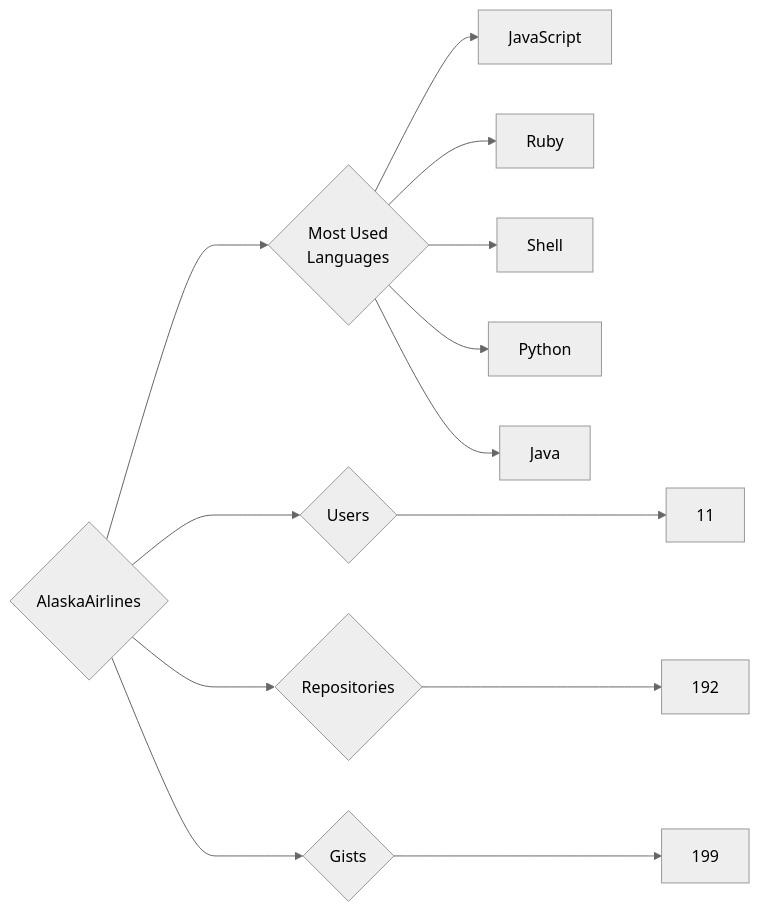
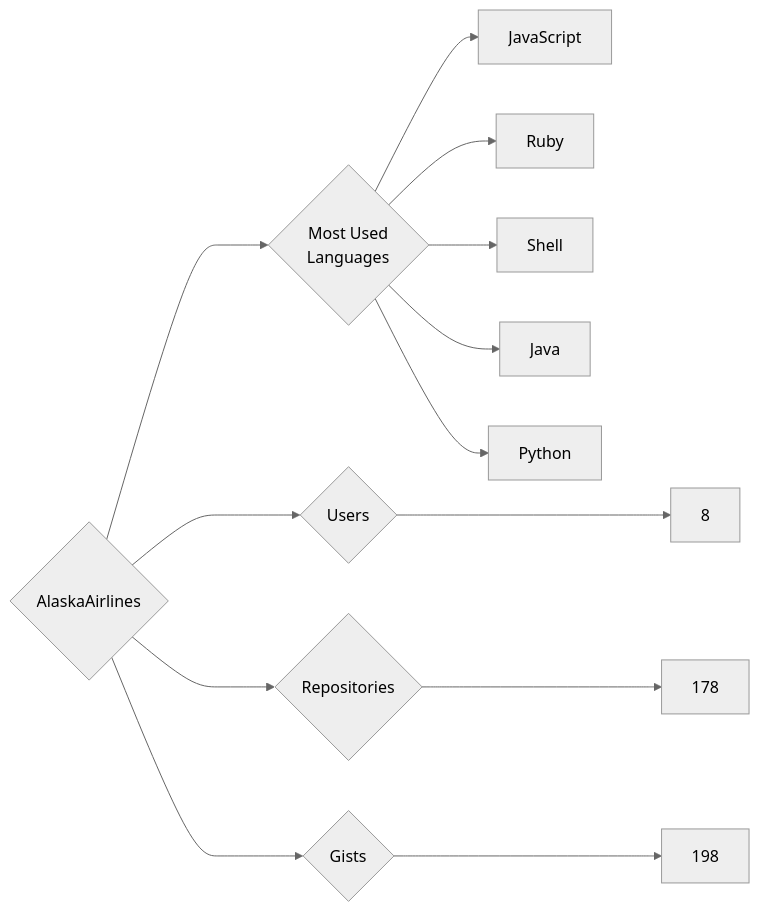
Before and after one commit to trickest/insiders: the diagram in targets/AlaskaAirlines/README.md, drawn with Mermaid (neutral theme). The commit also changed 1078 other files, not shown here.

````diff
--- a/targets/AlaskaAirlines/README.md
+++ b/targets/AlaskaAirlines/README.md
@@ -3,13 +3,13 @@
 ```mermaid
 graph LR
 COMPANY_NAME{AlaskaAirlines}
-COMPANY_NAME ---> U{Users} ---> UN[11]
-COMPANY_NAME ---> R{Repositories} ---> RN[192]
-COMPANY_NAME ---> G{Gists} ---> GN[199]
+COMPANY_NAME ---> U{Users} ---> UN[8]
+COMPANY_NAME ---> R{Repositories} ---> RN[178]
+COMPANY_NAME ---> G{Gists} ---> GN[198]
 COMPANY_NAME ---> ML{Most Used<br>Languages}
 ML --> JavaScript[JavaScript]
 ML --> Ruby[Ruby]
 ML --> Shell[Shell]
+ML --> Java[Java]
 ML --> Python[Python]
-ML --> Java[Java]
 ```
````
